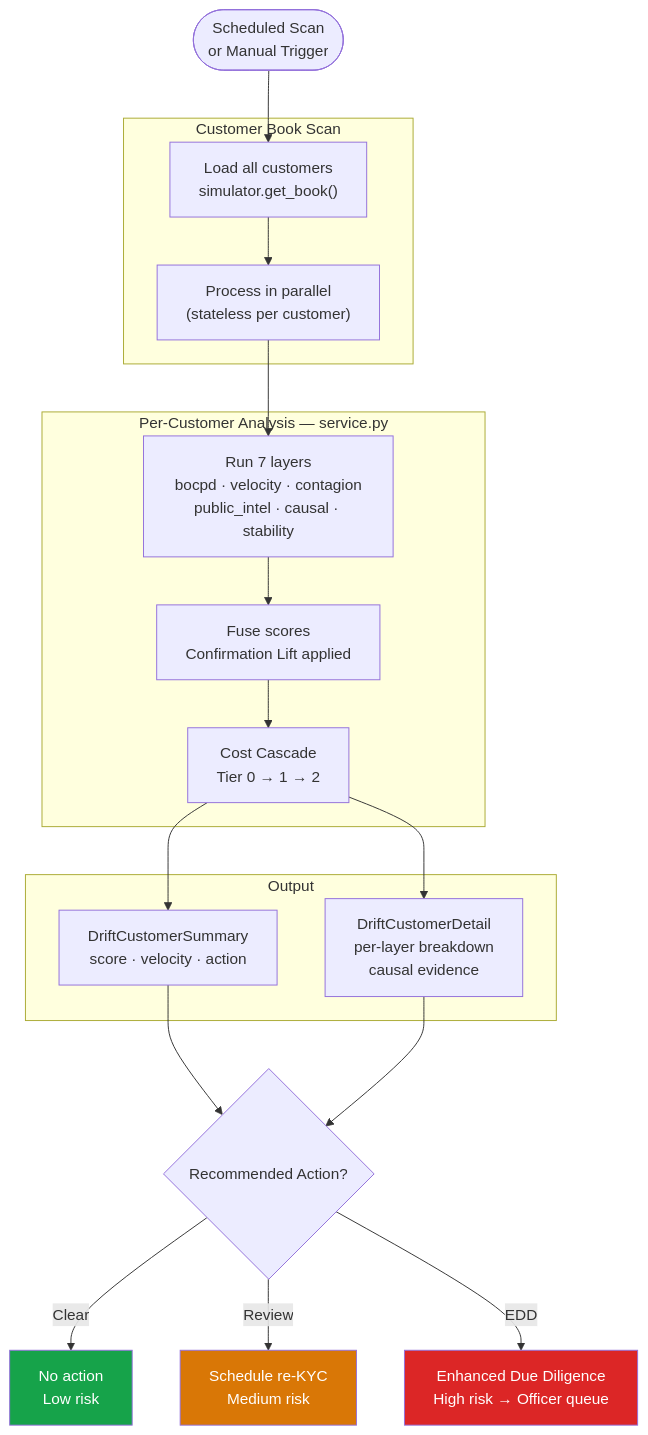
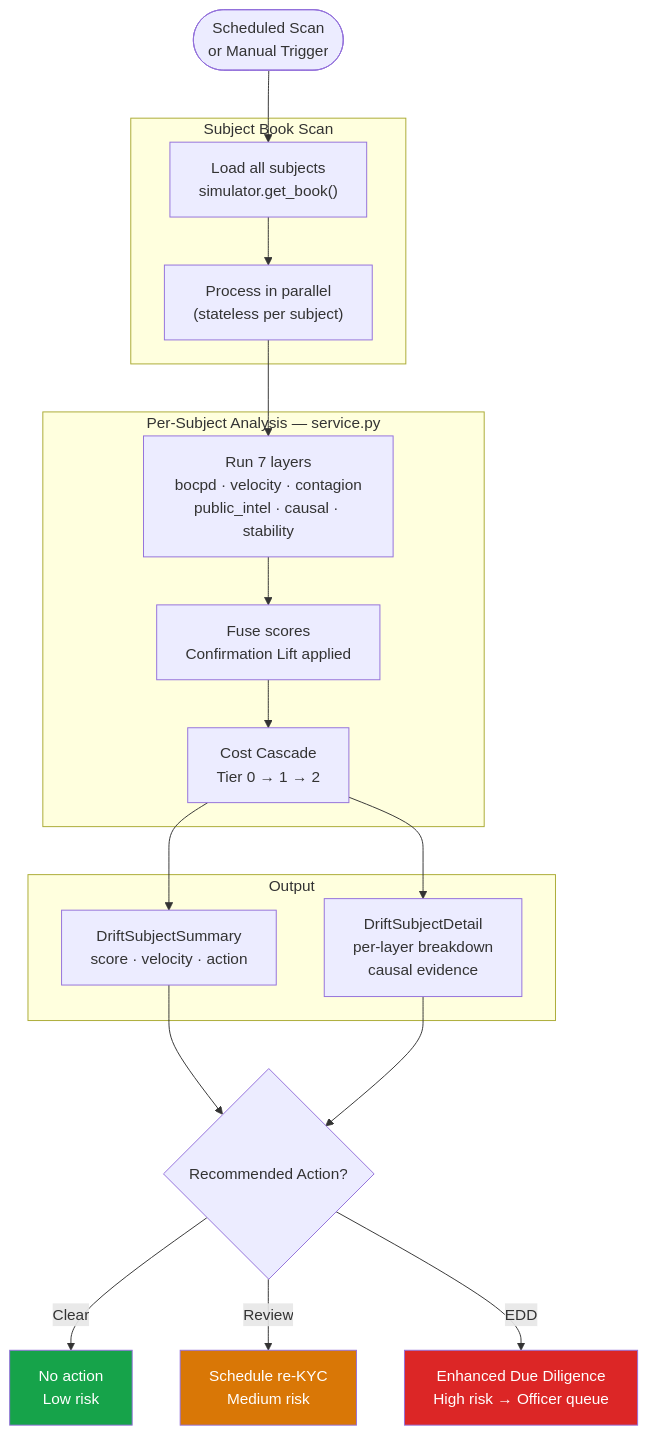
One commit to SteveDok22/Swisshacks-2026 changed the fourth of 6 diagrams in docs/flows.md. Above: the diagram before and after it, drawn with Mermaid. The commit also changed other lines of this file and 45 other files, not shown here.

Commit message:
refactor(drift): rename drift identifier customer_id -> drift_id (#15)

````diff
--- a/docs/flows.md
+++ b/docs/flows.md
@@ -127,41 +127,41 @@
 ```mermaid
 flowchart TD
     Trigger(["Scheduled Scan\nor Manual Trigger"])
 
-    subgraph Scan["Customer Book Scan"]
-        All["Load all customers\nsimulator.get_book()"]
-        Para["Process in parallel\n(stateless per customer)"]
+    subgraph Scan["Subject Book Scan"]
+        All["Load all subjects\nsimulator.get_book()"]
+        Para["Process in parallel\n(stateless per subject)"]
     end
 
-    subgraph Analyze["Per-Customer Analysis — service.py"]
+    subgraph Analyze["Per-Subject Analysis — service.py"]
         Layers["Run 7 layers\nbocpd · velocity · contagion\npublic_intel · causal · stability"]
         Fuse["Fuse scores\nConfirmation Lift applied"]
         Route["Cost Cascade\nTier 0 → 1 → 2"]
     end
 
     subgraph Output["Output"]
-        Summary["DriftCustomerSummary\nscore · velocity · action"]
-        Detail["DriftCustomerDetail\nper-layer breakdown\ncausal evidence"]
+        Summary["DriftSubjectSummary\nscore · velocity · action"]
+        Detail["DriftSubjectDetail\nper-layer breakdown\ncausal evidence"]
     end
 
     Action{Recommended Action?}
 
     Clear["No action\nLow risk"]
     Review["Schedule re-KYC\nMedium risk"]
     Escalate["Enhanced Due Diligence\nHigh risk → Officer queue"]
 
     Trigger --> All
     All --> Para
     Para --> Layers
     Layers --> Fuse
     Fuse --> Route
     Route --> Summary & Detail
     Summary & Detail --> Action
     Action -->|Clear| Clear
     Action -->|Review| Review
     Action -->|EDD| Escalate
 
     style Clear fill:#16a34a,color:#fff
     style Review fill:#d97706,color:#fff
     style Escalate fill:#dc2626,color:#fff
 ```
````
